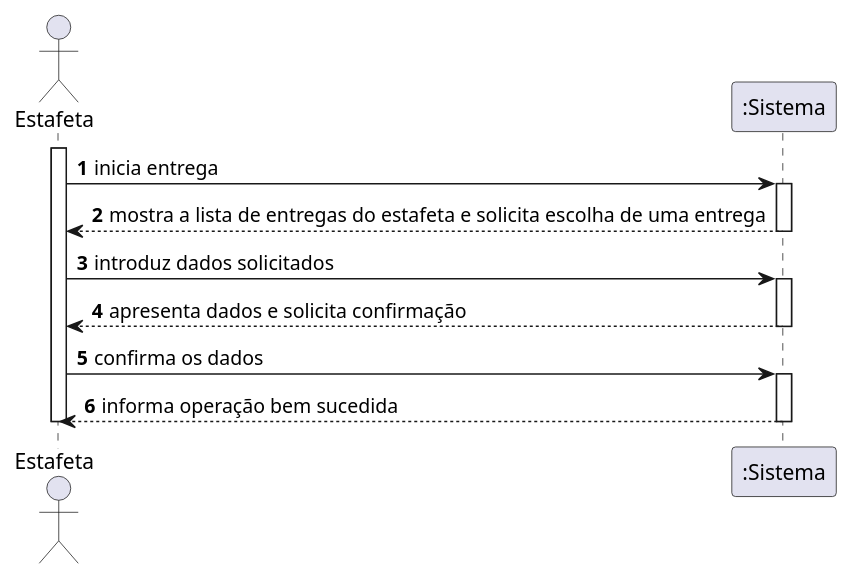
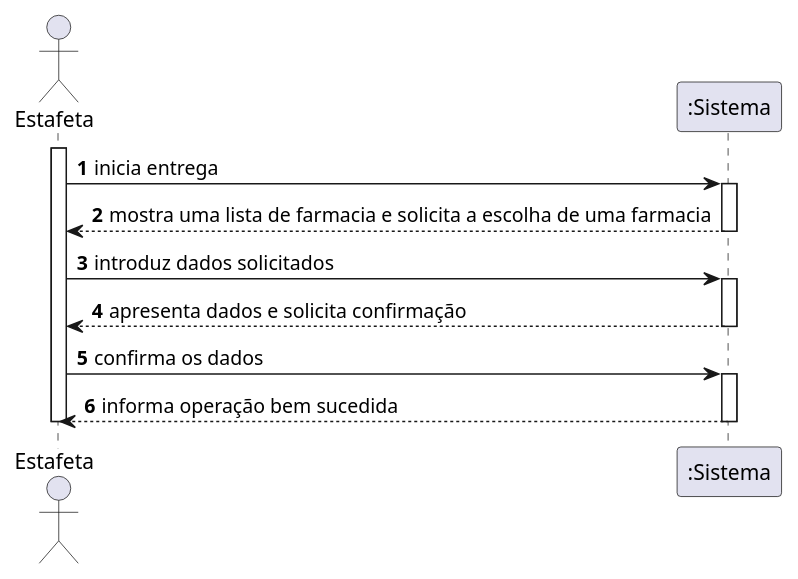
The diagram in docs/UC11/IniciaEntregaSSD.puml (pedrolemos4/LAPR3), drawn with PlantUML before and after one commit. The commit also changed 15 other files, not shown here.

```diff
--- a/docs/UC11/IniciaEntregaSSD.puml
+++ b/docs/UC11/IniciaEntregaSSD.puml
@@ -1,22 +1,22 @@
 @startuml
 autonumber
 actor "Estafeta" as EST
 
 activate EST
-EST -> ":Sistema" : inicia entrega 
+EST -> ":Sistema" : inicia entrega
 activate ":Sistema"
-":Sistema" --> EST : mostra a lista de entregas do estafeta e solicita escolha de uma entrega
+":Sistema" --> EST : mostra uma lista de farmacia e solicita a escolha de uma farmacia
 deactivate ":Sistema"
 
 EST -> ":Sistema" : introduz dados solicitados
 activate ":Sistema"
 ":Sistema" --> EST : apresenta dados e solicita confirmação
 deactivate ":Sistema"
 
 EST -> ":Sistema" : confirma os dados
 activate ":Sistema"
 ":Sistema" --> EST : informa operação bem sucedida
 deactivate ":Sistema"
 
 deactivate EST
 @enduml
```
